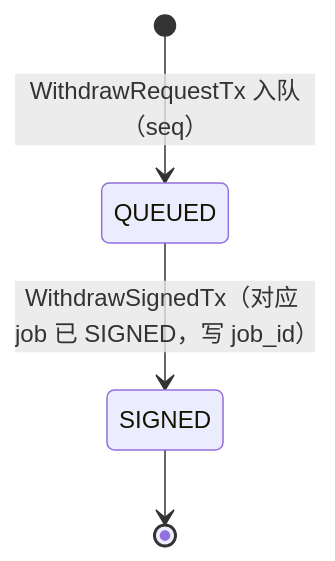
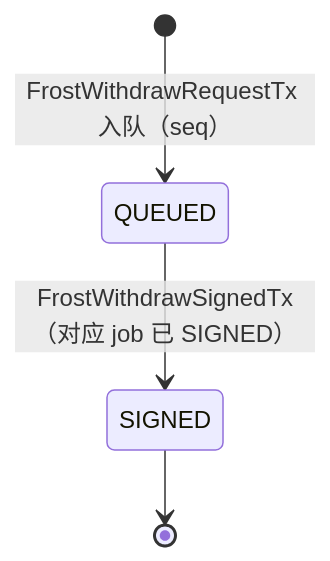
Before and after one commit to davidLeeeeeeeeeeee/dex: the third of 8 diagrams in frost/design_v2_job.md, drawn with Mermaid. The commit also changed other lines of this file and 1 other file, not shown here.

````diff
--- a/frost/design_v2_job.md
+++ b/frost/design_v2_job.md
@@ -448,6 +456,6 @@
 ```mermaid
 stateDiagram-v2
-  [*] --> QUEUED: WithdrawRequestTx 入队（seq）
-  QUEUED --> SIGNED: WithdrawSignedTx（对应 job 已 SIGNED，写 job_id）
+  [*] --> QUEUED: FrostWithdrawRequestTx 入队（seq）
+  QUEUED --> SIGNED: FrostWithdrawSignedTx（对应 job 已 SIGNED）
   SIGNED --> [*]
 ```
````
